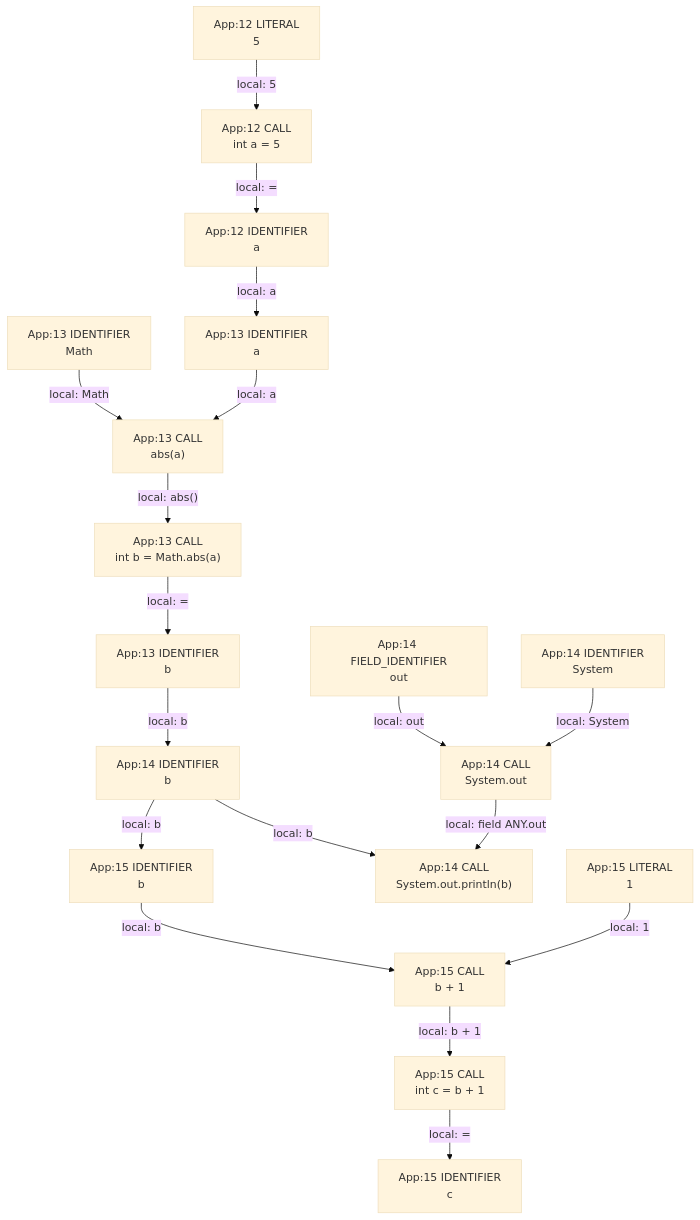
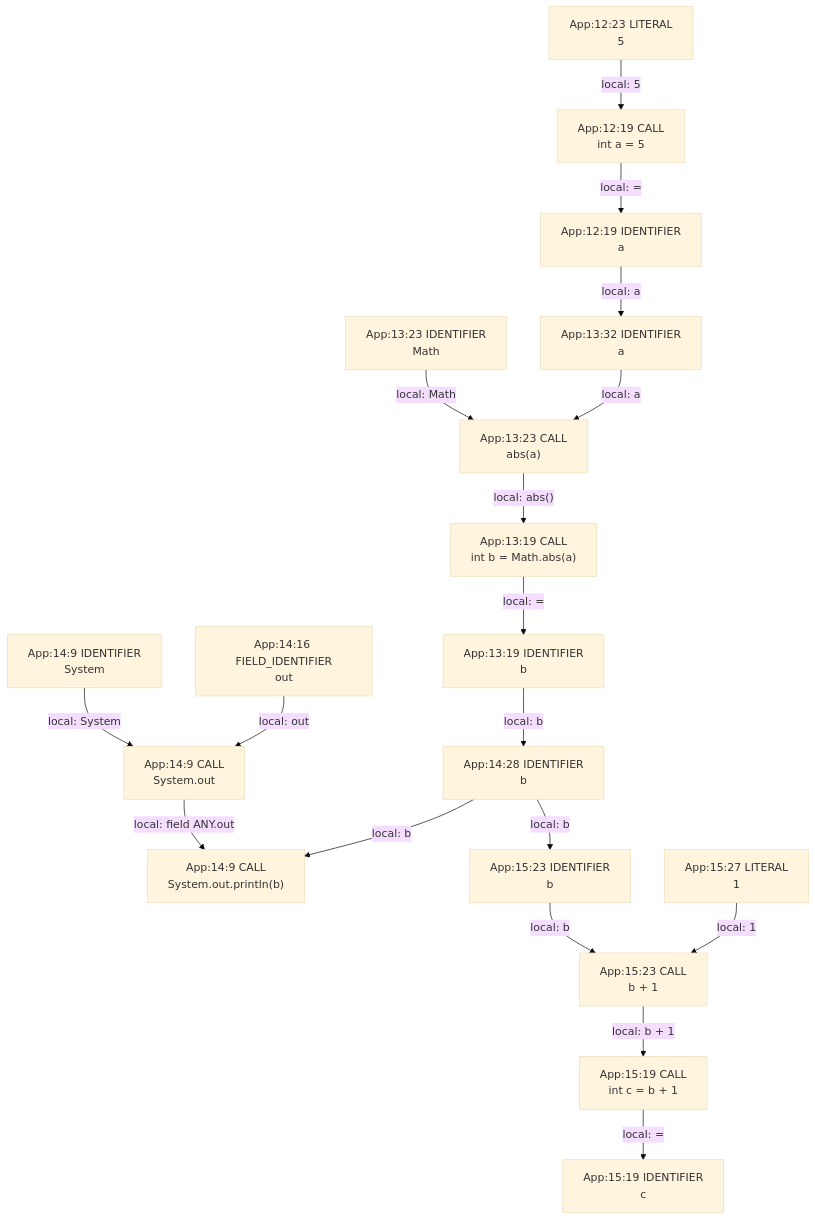
One commit to gstiebler/codeflow changed the diagram in app/src/test/resources/externalCall/spike-truth.md. Above: the diagram before and after it, drawn with Mermaid (base theme). The commit also changed 154 other files, not shown here.

````diff
--- a/app/src/test/resources/externalCall/spike-truth.md
+++ b/app/src/test/resources/externalCall/spike-truth.md
@@ -3,38 +3,38 @@
 ```mermaid
 flowchart TD
-  n0["App:12 CALL<br/>int a = 5"]
-  n1["App:12 IDENTIFIER<br/>a"]
-  n2["App:12 LITERAL<br/>5"]
-  n3["App:13 CALL<br/>abs(a)"]
-  n4["App:13 CALL<br/>int b = Math.abs(a)"]
-  n5["App:13 IDENTIFIER<br/>Math"]
-  n6["App:13 IDENTIFIER<br/>a"]
-  n7["App:13 IDENTIFIER<br/>b"]
-  n8["App:14 CALL<br/>System.out"]
-  n9["App:14 CALL<br/>System.out.println(b)"]
-  n10["App:14 FIELD_IDENTIFIER<br/>out"]
-  n11["App:14 IDENTIFIER<br/>System"]
-  n12["App:14 IDENTIFIER<br/>b"]
-  n13["App:15 CALL<br/>b + 1"]
-  n14["App:15 CALL<br/>int c = b + 1"]
-  n15["App:15 IDENTIFIER<br/>b"]
-  n16["App:15 IDENTIFIER<br/>c"]
-  n17["App:15 LITERAL<br/>1"]
+  n0["App:12:19 CALL<br/>int a = 5"]
+  n1["App:12:19 IDENTIFIER<br/>a"]
+  n2["App:12:23 LITERAL<br/>5"]
+  n3["App:13:19 CALL<br/>int b = Math.abs(a)"]
+  n4["App:13:19 IDENTIFIER<br/>b"]
+  n5["App:13:23 CALL<br/>abs(a)"]
+  n6["App:13:23 IDENTIFIER<br/>Math"]
+  n7["App:13:32 IDENTIFIER<br/>a"]
+  n8["App:14:16 FIELD_IDENTIFIER<br/>out"]
+  n9["App:14:28 IDENTIFIER<br/>b"]
+  n10["App:14:9 CALL<br/>System.out"]
+  n11["App:14:9 CALL<br/>System.out.println(b)"]
+  n12["App:14:9 IDENTIFIER<br/>System"]
+  n13["App:15:19 CALL<br/>int c = b + 1"]
+  n14["App:15:19 IDENTIFIER<br/>c"]
+  n15["App:15:23 CALL<br/>b + 1"]
+  n16["App:15:23 IDENTIFIER<br/>b"]
+  n17["App:15:27 LITERAL<br/>1"]
   n0 -->|"local: ="| n1
-  n1 -->|"local: a"| n6
-  n10 -->|"local: out"| n8
-  n11 -->|"local: System"| n8
-  n12 -->|"local: b"| n15
-  n12 -->|"local: b"| n9
-  n13 -->|"local: b + 1"| n14
-  n14 -->|"local: ="| n16
-  n15 -->|"local: b"| n13
-  n17 -->|"local: 1"| n13
+  n1 -->|"local: a"| n7
+  n10 -->|"local: field ANY.out"| n11
+  n12 -->|"local: System"| n10
+  n13 -->|"local: ="| n14
+  n15 -->|"local: b + 1"| n13
+  n16 -->|"local: b"| n15
+  n17 -->|"local: 1"| n15
   n2 -->|"local: 5"| n0
-  n3 -->|"local: abs()"| n4
-  n4 -->|"local: ="| n7
-  n5 -->|"local: Math"| n3
-  n6 -->|"local: a"| n3
-  n7 -->|"local: b"| n12
-  n8 -->|"local: field ANY.out"| n9
+  n3 -->|"local: ="| n4
+  n4 -->|"local: b"| n9
+  n5 -->|"local: abs()"| n3
+  n6 -->|"local: Math"| n5
+  n7 -->|"local: a"| n5
+  n8 -->|"local: out"| n10
+  n9 -->|"local: b"| n11
+  n9 -->|"local: b"| n16
 ```
````
